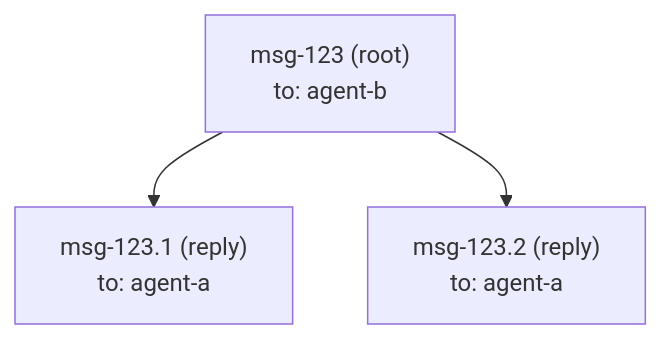
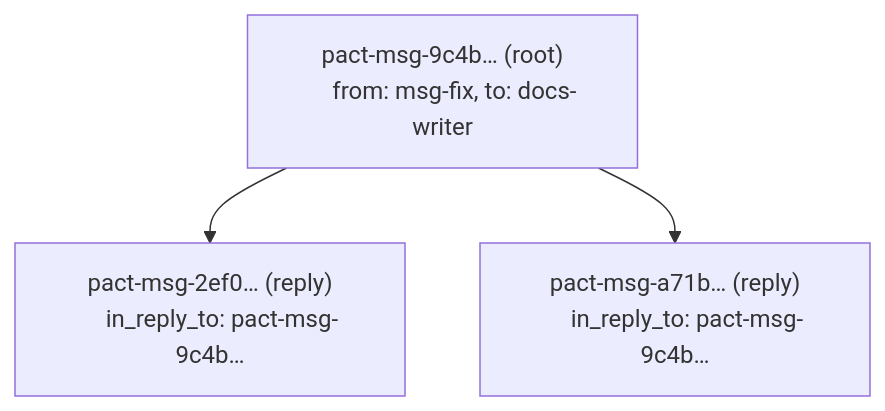
The second of 2 diagrams in docs/messaging.md (chussenot/pact), drawn with Mermaid before and after one commit. The commit also changed other lines of this file and 20 other files, not shown here.

````diff
--- a/docs/messaging.md
+++ b/docs/messaging.md
@@ -94,8 +133,8 @@
 ```mermaid
 flowchart TB
-    R["msg-123 (root)
-    to: agent-b"] --> C1["msg-123.1 (reply)
-    to: agent-a"]
-    R --> C2["msg-123.2 (reply)
-    to: agent-a"]
+    R["pact-msg-9c4b… (root)
+    from: msg-fix, to: docs-writer"] --> C1["pact-msg-2ef0… (reply)
+    in_reply_to: pact-msg-9c4b…"]
+    R --> C2["pact-msg-a71b… (reply)
+    in_reply_to: pact-msg-9c4b…"]
 ```
````
